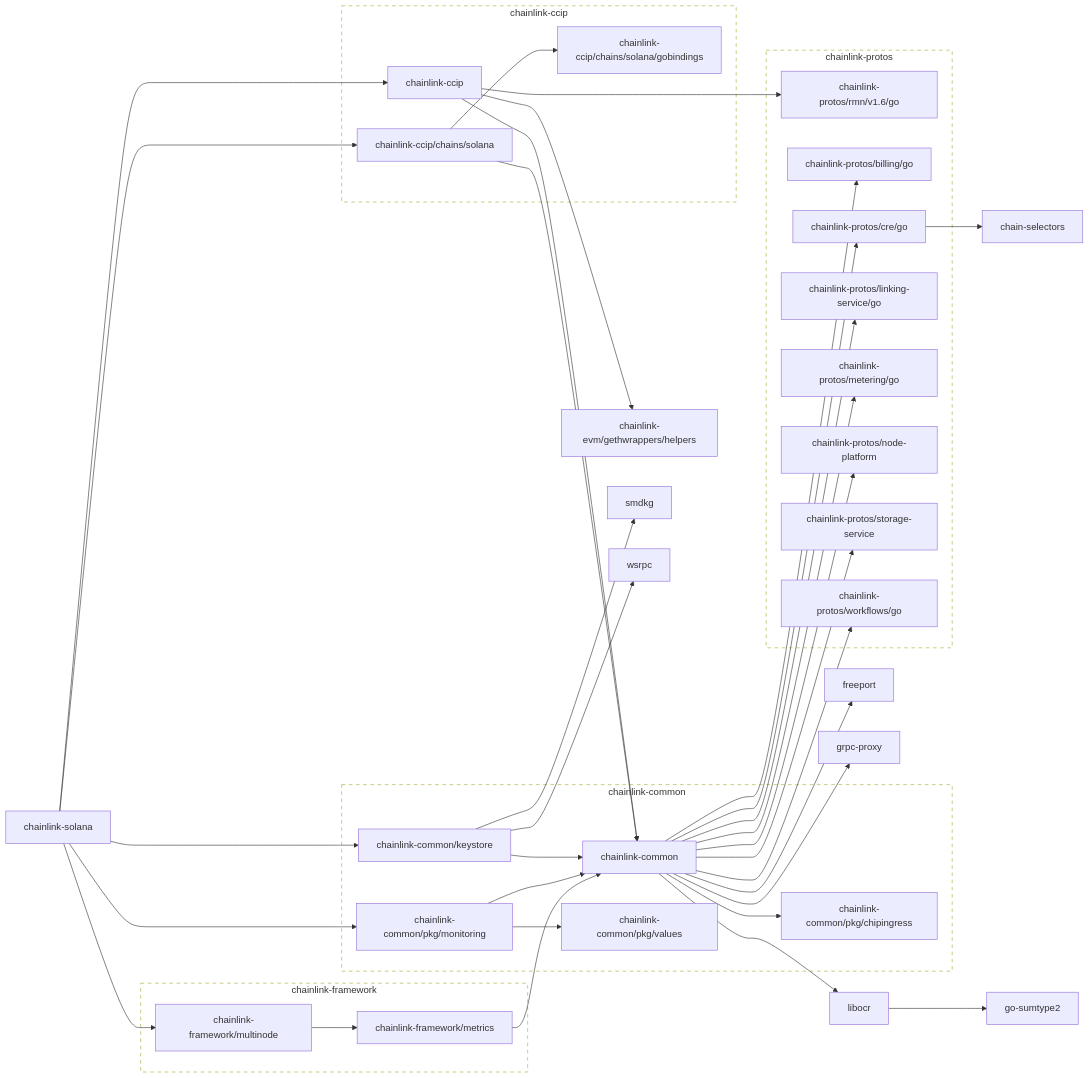
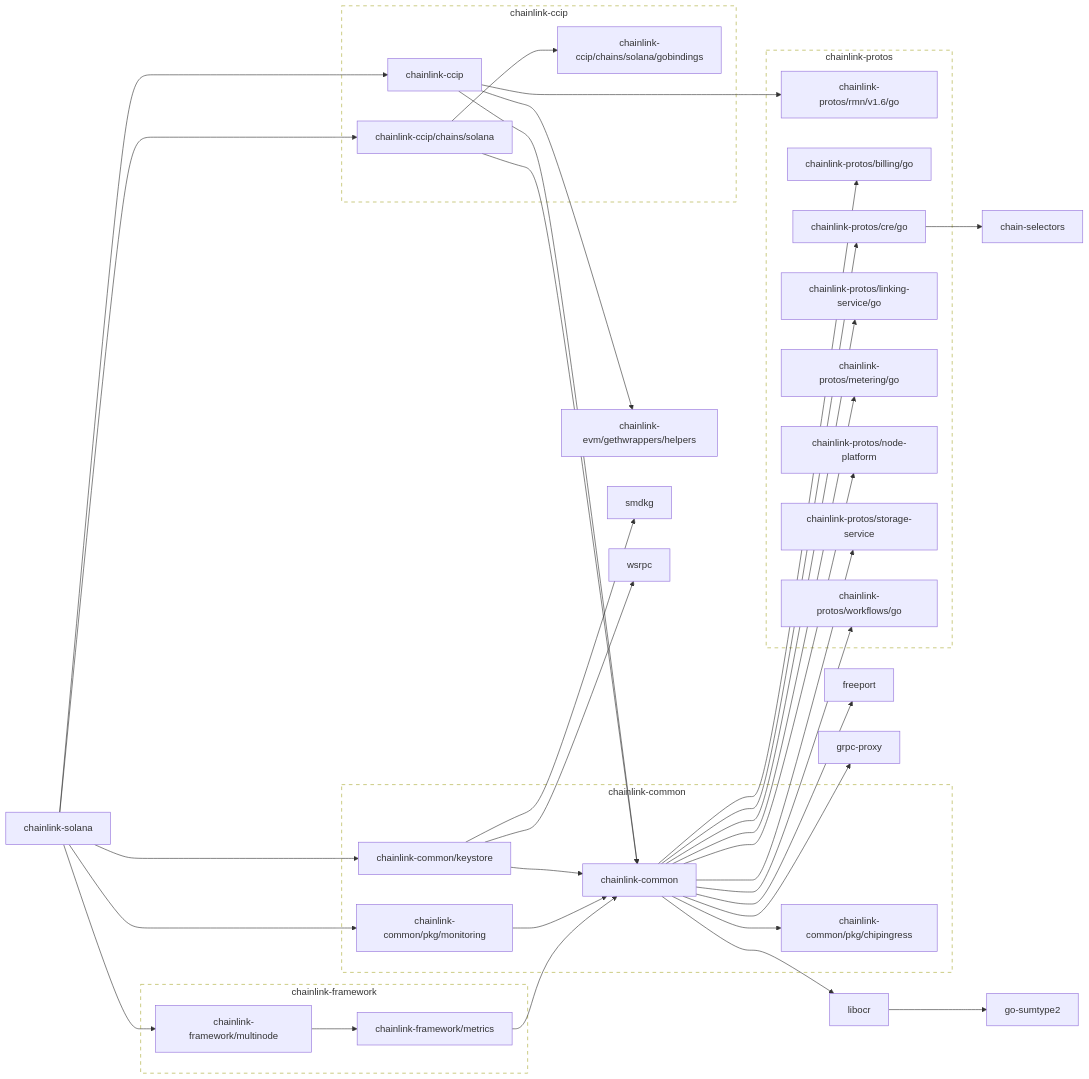
The first of 2 diagrams in go.md (smartcontractkit/chainlink-solana), drawn with Mermaid before and after one commit. The commit also changed other lines of this file and 41 other files, not shown here.

```diff
--- a/go.md
+++ b/go.md
@@ -33,10 +33,7 @@
 	chainlink-common/pkg/chipingress
 	click chainlink-common/pkg/chipingress href "https://github.com/smartcontractkit/chainlink-common"
 	chainlink-common/pkg/monitoring --> chainlink-common
-	chainlink-common/pkg/monitoring --> chainlink-common/pkg/values
 	click chainlink-common/pkg/monitoring href "https://github.com/smartcontractkit/chainlink-common"
-	chainlink-common/pkg/values
-	click chainlink-common/pkg/values href "https://github.com/smartcontractkit/chainlink-common"
 	chainlink-evm/gethwrappers/helpers
 	click chainlink-evm/gethwrappers/helpers href "https://github.com/smartcontractkit/chainlink-evm"
 	chainlink-framework/metrics --> chainlink-common
@@ -90,7 +87,6 @@
 		 chainlink-common/keystore
 		 chainlink-common/pkg/chipingress
 		 chainlink-common/pkg/monitoring
-		 chainlink-common/pkg/values
 	end
 	click chainlink-common-repo href "https://github.com/smartcontractkit/chainlink-common"
 
```
